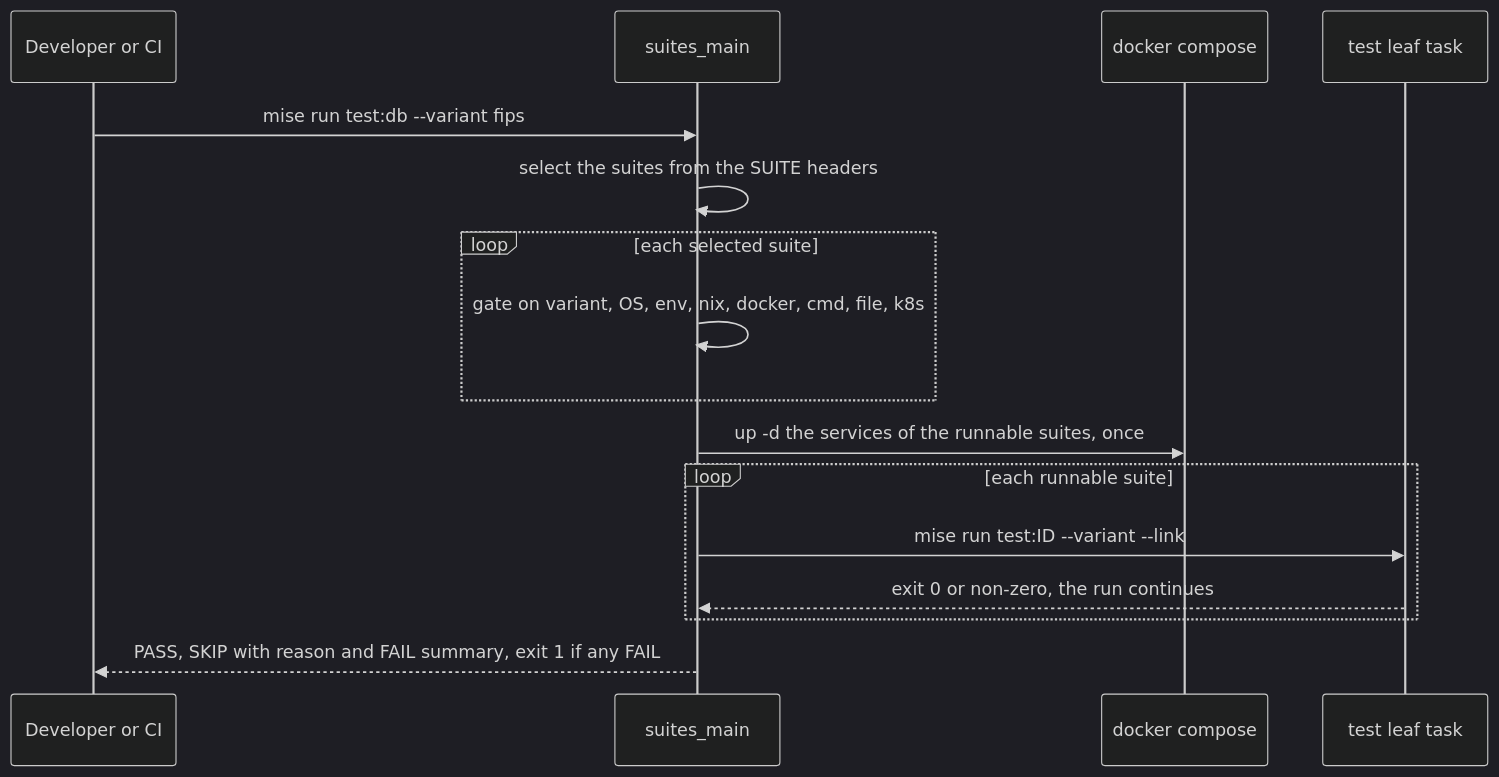
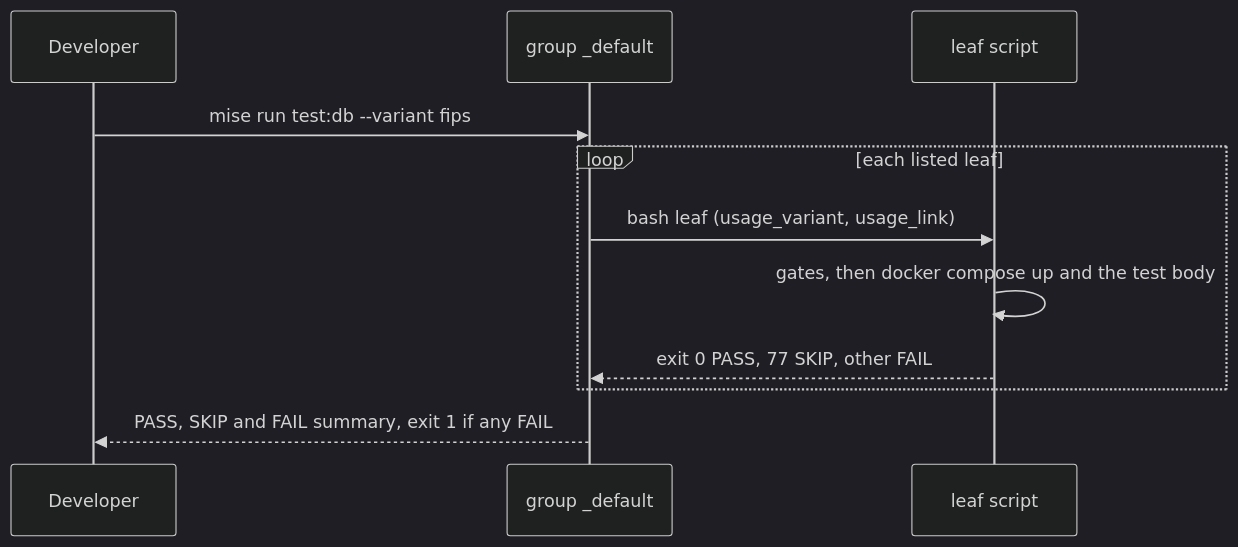
The first of 55 diagrams in .mise/tasks/test/README.md (Cosmian/kms), drawn with Mermaid (dark theme) before and after one commit. The commit also changed other lines of this file and 85 other files, not shown here.

Commit message:
refactor(mise): drop suites.sh; test groups run their leaf scripts and leaves skip themselves

````diff
--- a/.mise/tasks/test/README.md
+++ b/.mise/tasks/test/README.md
@@ -103,19 +69,14 @@
 ```mermaid
 sequenceDiagram
-    participant User as Developer or CI
-    participant Main as suites_main
-    participant Compose as docker compose
-    participant Leaf as test leaf task
+    participant User as Developer
+    participant Group as group _default
+    participant Leaf as leaf script
 
-    User->>Main: mise run test:db --variant fips
-    Main->>Main: select the suites from the SUITE headers
-    loop each selected suite
-        Main->>Main: gate on variant, OS, env, nix, docker, cmd, file, k8s
+    User->>Group: mise run test:db --variant fips
+    loop each listed leaf
+        Group->>Leaf: bash leaf (usage_variant, usage_link)
+        Leaf->>Leaf: gates, then docker compose up and the test body
+        Leaf-->>Group: exit 0 PASS, 77 SKIP, other FAIL
     end
-    Main->>Compose: up -d the services of the runnable suites, once
-    loop each runnable suite
-        Main->>Leaf: mise run test:ID --variant --link
-        Leaf-->>Main: exit 0 or non-zero, the run continues
-    end
-    Main-->>User: PASS, SKIP with reason and FAIL summary, exit 1 if any FAIL
+    Group-->>User: PASS, SKIP and FAIL summary, exit 1 if any FAIL
 ```
````
